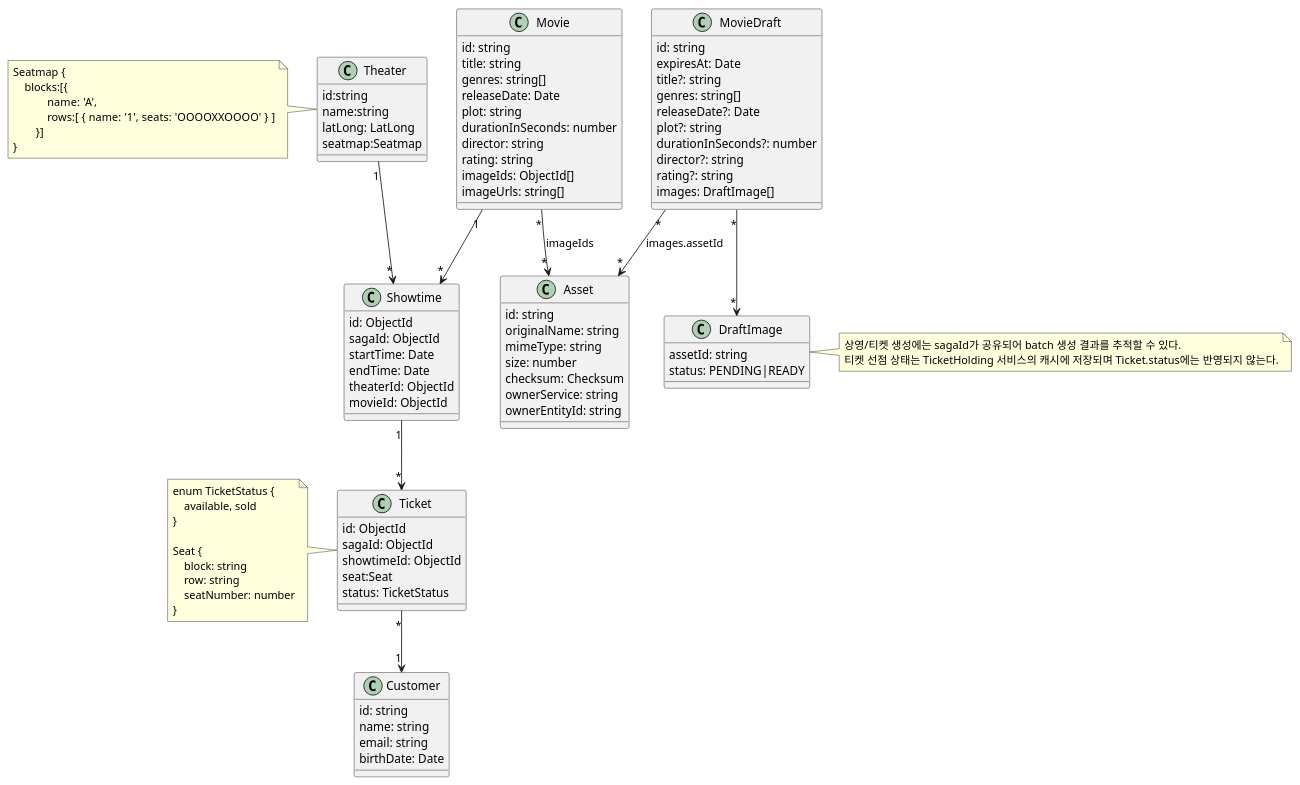
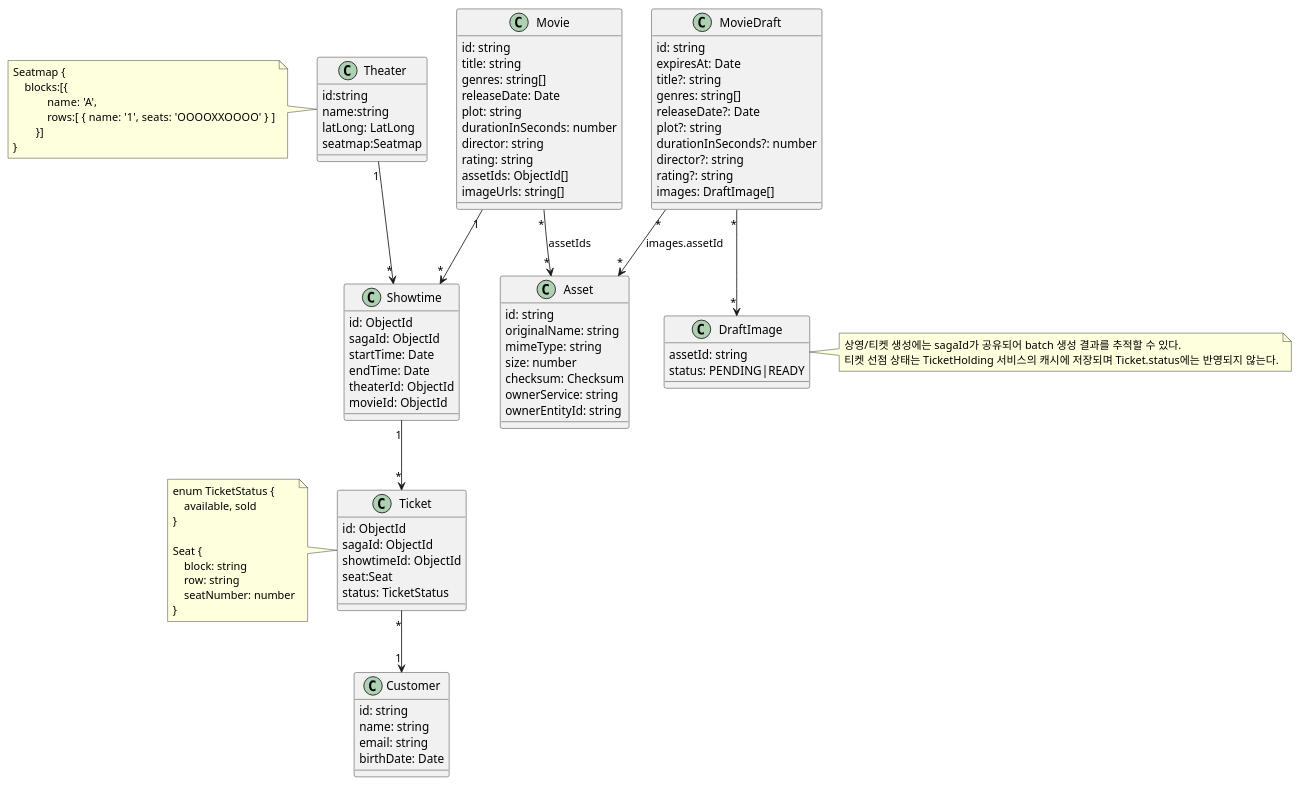
Before and after one commit to mannercode/nest-seed: the diagram in docs/ko/designs/entities.md, drawn with PlantUML. The commit also changed 15 other files, not shown here.

```diff
--- a/docs/ko/designs/entities.md
+++ b/docs/ko/designs/entities.md
@@ -28,7 +28,7 @@
     durationInSeconds: number
     director: string
     rating: string
-    imageIds: ObjectId[]
+    assetIds: ObjectId[]
     imageUrls: string[]
 }
 
@@ -98,7 +98,7 @@
 Movie "1" --> "*" Showtime
 Theater "1" --> "*" Showtime
 Ticket "*" --> "1" Customer
-Movie "*" --> "*" Asset : imageIds
+Movie "*" --> "*" Asset : assetIds
 MovieDraft "*" --> "*" Asset : images.assetId
 MovieDraft "*" --> "*" DraftImage
 note right
```
